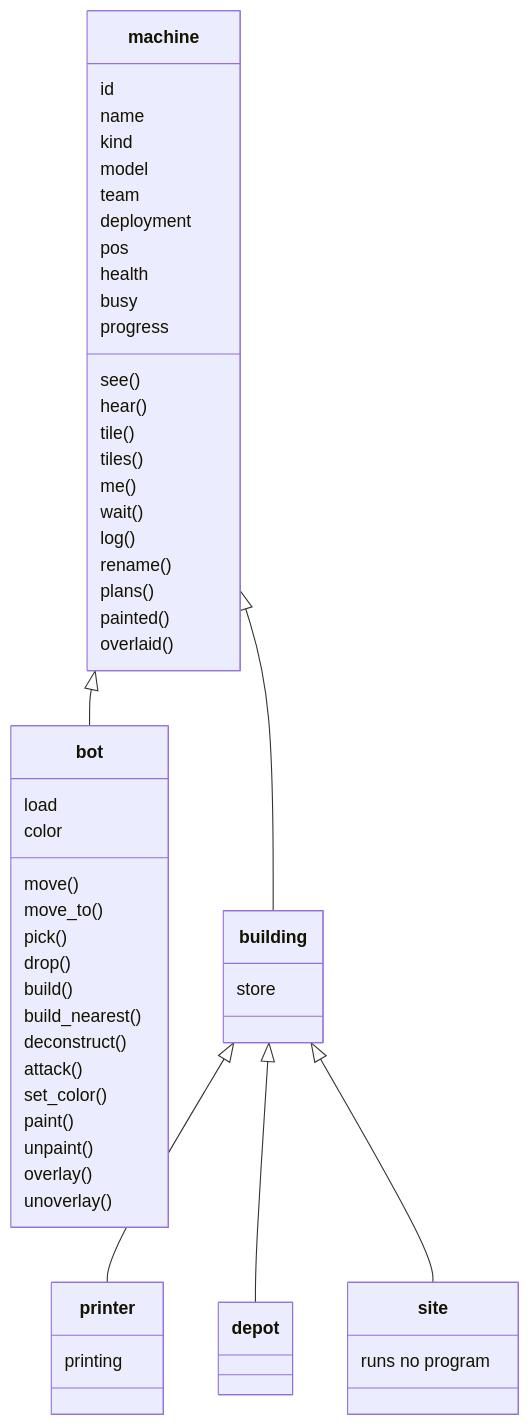
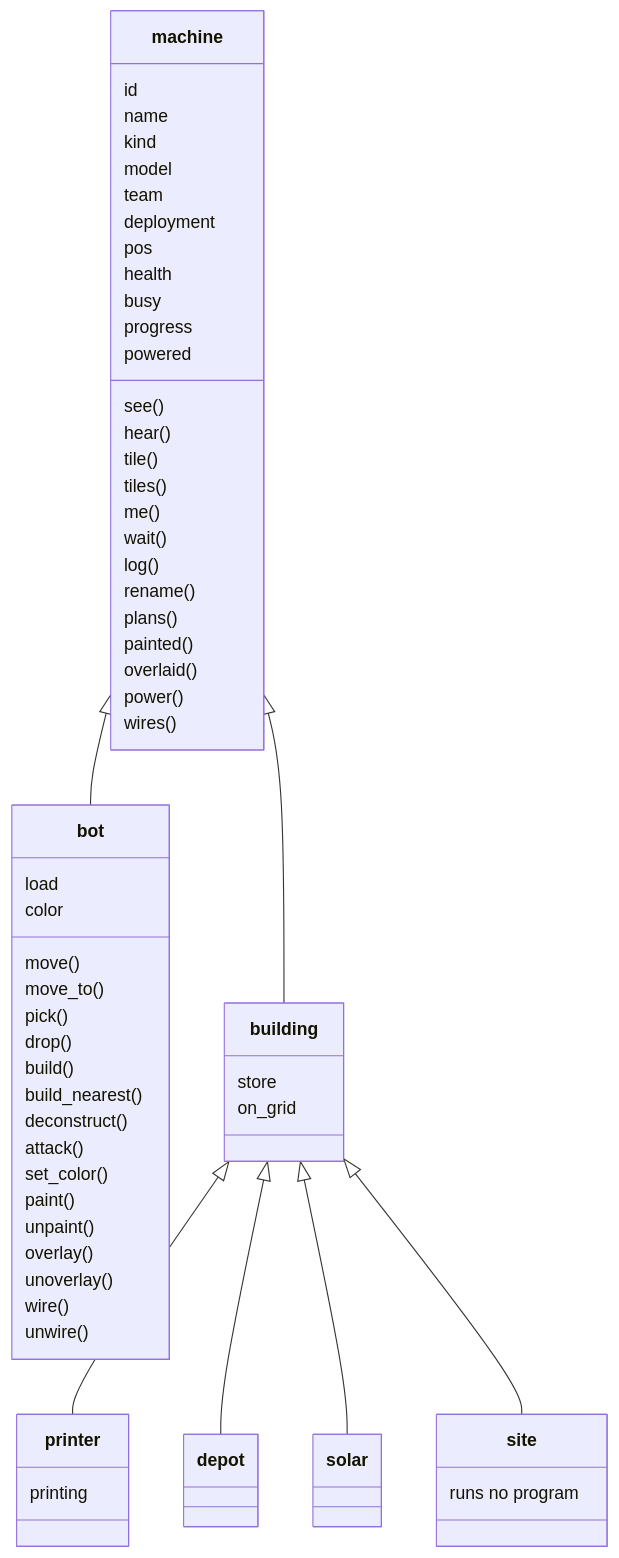
The diagram in docs/02-machines.md (mmmtastymmm/programming-game-planned-2), drawn with Mermaid before and after one commit. The commit also changed other lines of this file and 9 other files, not shown here.

First line of the commit message:
Q56: power — printers and solar panels wired to a printer, newest stop first

````diff
--- a/docs/02-machines.md
+++ b/docs/02-machines.md
@@ -180,58 +193,66 @@
 ```mermaid
 classDiagram
   class machine {
     id
     name
     kind
     model
     team
     deployment
     pos
     health
     busy
     progress
+    powered
     see()
     hear()
     tile()
     tiles()
     me()
     wait()
     log()
     rename()
     plans()
     painted()
     overlaid()
+    power()
+    wires()
   }
   class bot {
     load
     color
     move()
     move_to()
     pick()
     drop()
     build()
     build_nearest()
     deconstruct()
     attack()
     set_color()
     paint()
     unpaint()
     overlay()
     unoverlay()
+    wire()
+    unwire()
   }
   class building {
     store
+    on_grid
   }
   class printer {
     printing
   }
   class depot
+  class solar
   class site {
     runs no program
   }
   machine <|-- bot
   machine <|-- building
   building <|-- printer
   building <|-- depot
+  building <|-- solar
   building <|-- site
 ```
````
